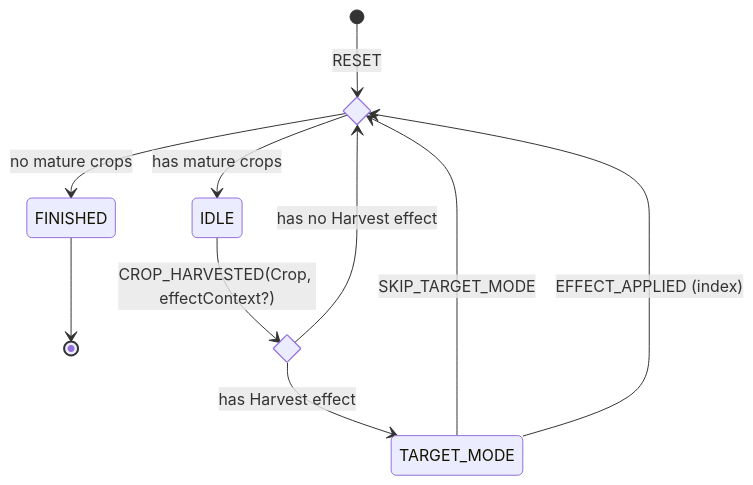
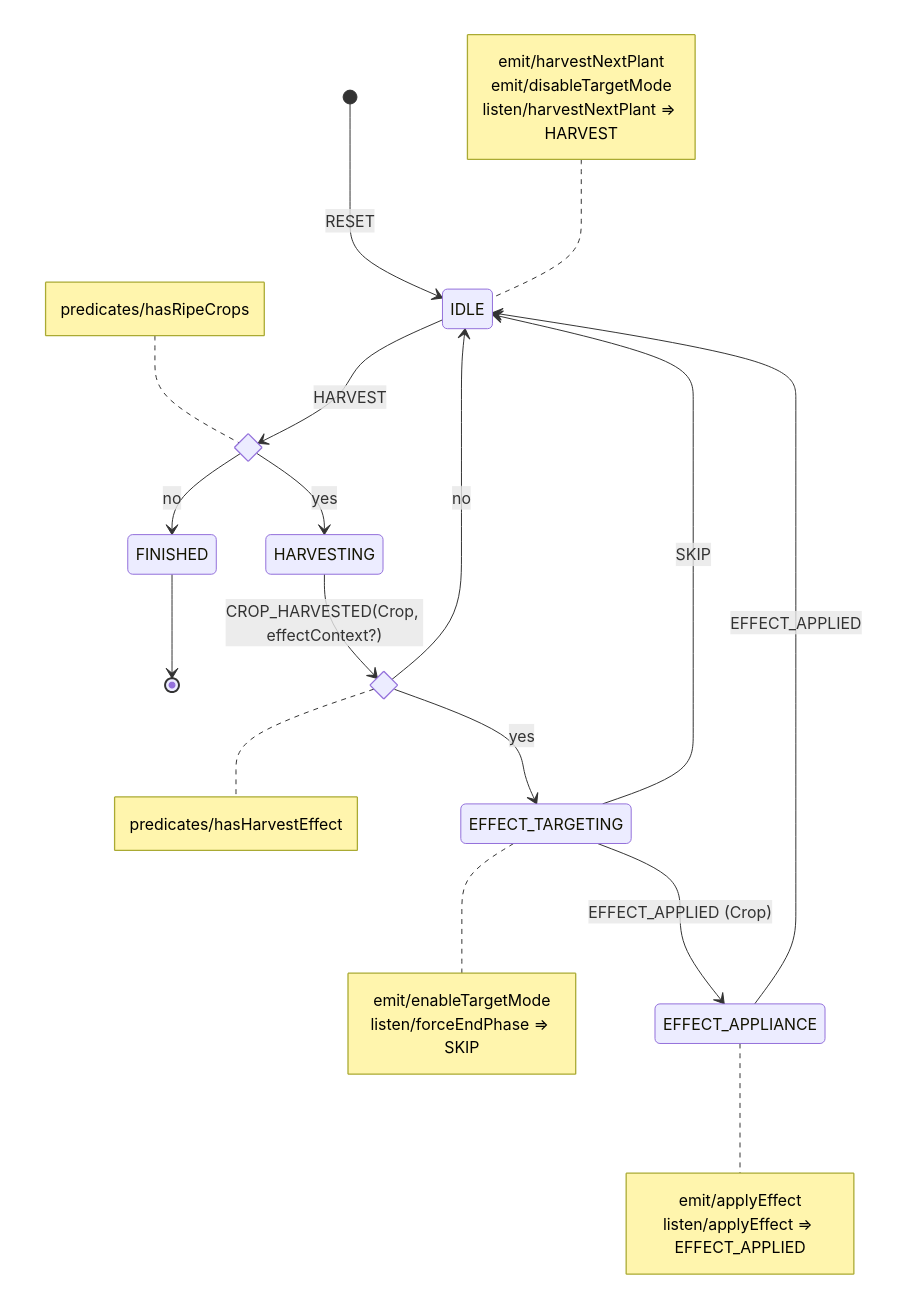
The fifth of 10 diagrams in docs/diagrams.md (tfcp68/battle-farm), drawn with Mermaid before and after one commit. The commit also changed other lines of this file and 6 other files, not shown here.

Commit message:
more specific diagrams; make state machines match diagrams

````diff
--- a/docs/diagrams.md
+++ b/docs/diagrams.md
@@ -154,14 +163,35 @@
 ```mermaid
 stateDiagram-v2
+[*]-->IDLE: RESET
+note left of IDLE
+emit/harvestNextPlant
+emit/disableTargetMode
+listen/harvestNextPlant => HARVEST
+end note
 state hasRipeCrops <<choice>>
-[*]-->hasRipeCrops: RESET
-TARGET_MODE-->hasRipeCrops: SKIP_TARGET_MODE
-TARGET_MODE-->hasRipeCrops: EFFECT_APPLIED (index)
+note left of hasRipeCrops
+predicates/hasRipeCrops
+end note
+IDLE-->hasRipeCrops: HARVEST
+hasRipeCrops-->FINISHED: no
 FINISHED-->[*]
-hasRipeCrops-->FINISHED: no mature crops
-hasRipeCrops-->IDLE: has mature crops
+hasRipeCrops-->HARVESTING: yes
 state hasHarvestEffect <<choice>>
-IDLE-->hasHarvestEffect: CROP_HARVESTED(Crop, effectContext?)
-hasHarvestEffect-->hasRipeCrops: has no Harvest effect
-hasHarvestEffect-->TARGET_MODE: has Harvest effect
+note right of hasHarvestEffect   
+predicates/hasHarvestEffect
+end note
+HARVESTING-->hasHarvestEffect: CROP_HARVESTED(Crop, effectContext?)
+hasHarvestEffect-->IDLE: no
+hasHarvestEffect-->EFFECT_TARGETING: yes 
+note right of EFFECT_TARGETING
+emit/enableTargetMode
+listen/forceEndPhase => SKIP
+end note
+EFFECT_TARGETING-->EFFECT_APPLIANCE: EFFECT_APPLIED (Crop)
+note right of EFFECT_APPLIANCE
+emit/applyEffect
+listen/applyEffect => EFFECT_APPLIED
+end note
+EFFECT_APPLIANCE-->IDLE: EFFECT_APPLIED
+EFFECT_TARGETING-->IDLE: SKIP
 ```
````
